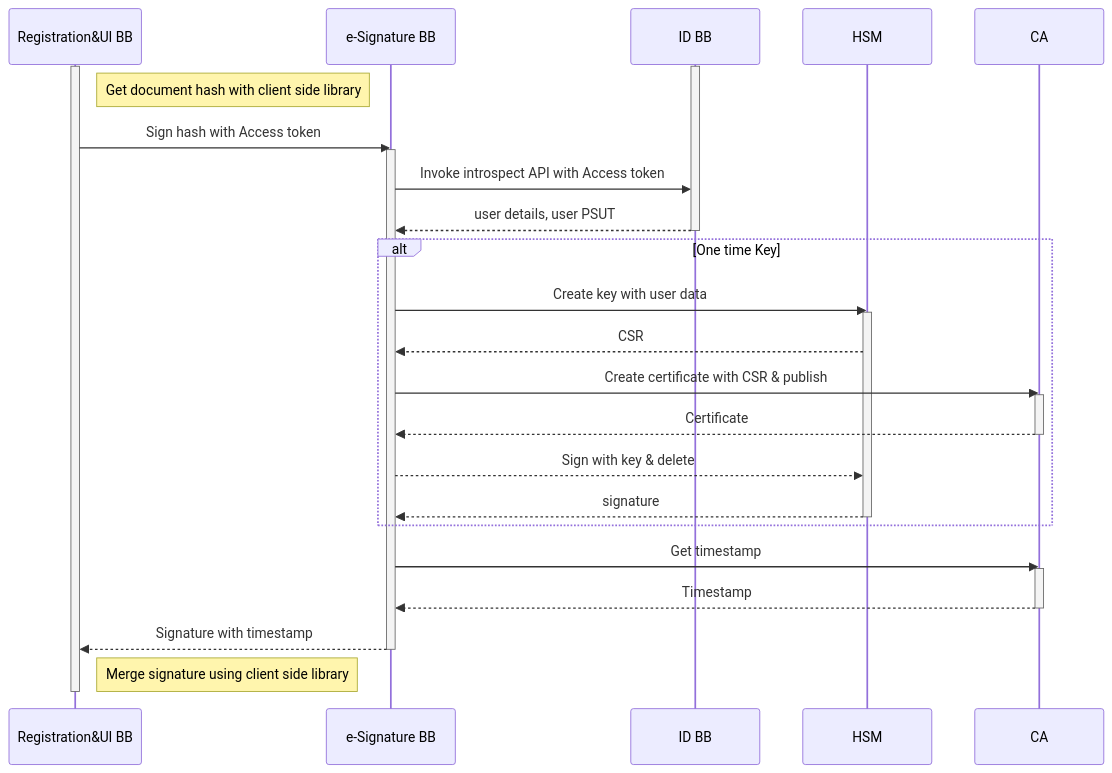
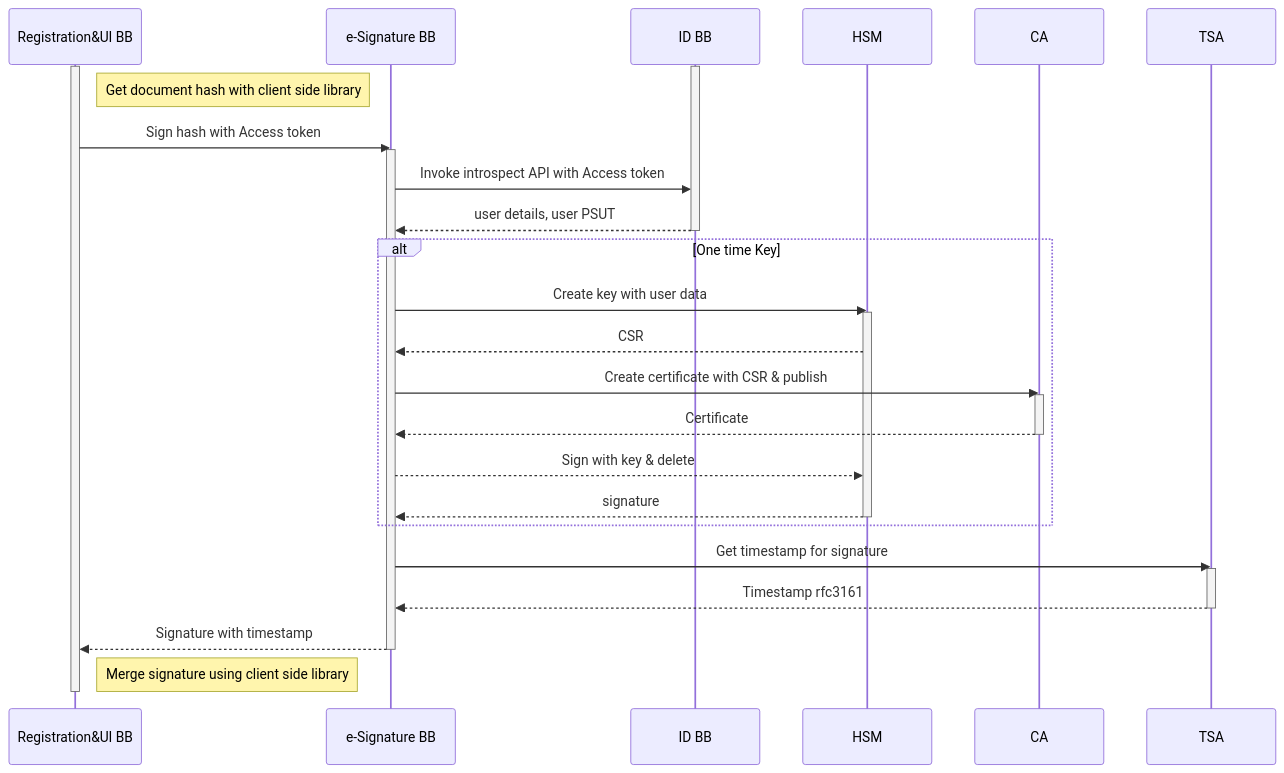
The first of 3 diagrams in spec/9-workflows.md (GovStackWorkingGroup/bb-esignature), drawn with Mermaid before and after one commit. The commit also changed other lines of this file, not shown here.

````diff
--- a/spec/9-workflows.md
+++ b/spec/9-workflows.md
@@ -23,32 +23,32 @@
 ```mermaid
 sequenceDiagram
     activate ID BB
     activate Registration&UI BB
     Note right of Registration&UI BB: Get document hash with client side library
     Registration&UI BB->>e-Signature BB: Sign hash with Access token
     activate e-Signature BB
     e-Signature BB->>ID BB: Invoke introspect API with Access token
     ID BB-->>e-Signature BB: user details, user PSUT
     deactivate ID BB
     alt One time Key
     e-Signature BB->>HSM: Create key with user data
     activate HSM
     HSM-->>e-Signature BB: CSR
     e-Signature BB->>CA: Create certificate with CSR & publish
     activate CA
     CA-->>e-Signature BB: Certificate
     deactivate CA
     e-Signature BB-->>HSM: Sign with key & delete
     HSM-->>e-Signature BB: signature
     deactivate HSM
     end
-    e-Signature BB->>CA: Get timestamp
-    activate CA
-    CA-->>e-Signature BB: Timestamp
-    deactivate CA
+    e-Signature BB->>TSA: Get timestamp for signature
+    activate TSA
+    TSA-->>e-Signature BB: Timestamp rfc3161
+    deactivate TSA
     e-Signature BB-->>Registration&UI BB: Signature with timestamp
     deactivate e-Signature BB
     Note right of Registration&UI BB: Merge signature using client side library
     deactivate Registration&UI BB
 
 ```
````
